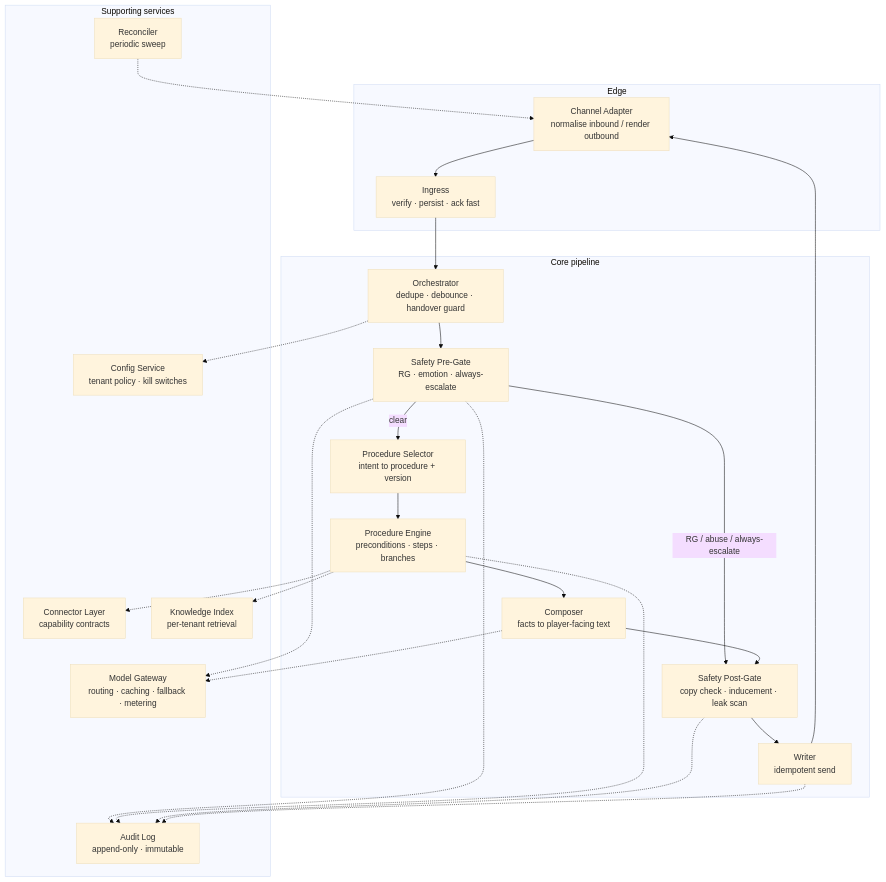
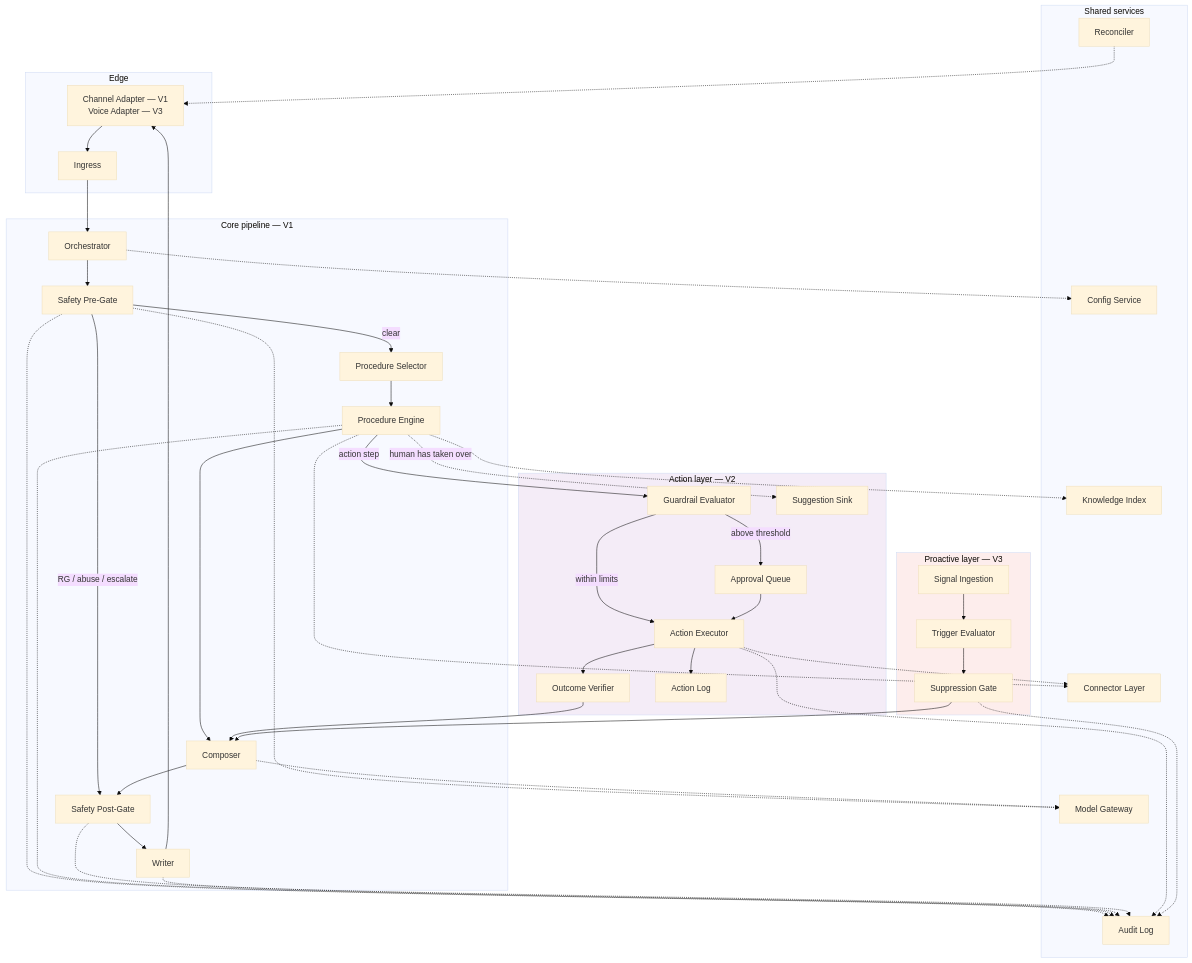
Before and after one commit to sdannuri/iGamingAgent: the second of 13 diagrams in Design.md, drawn with Mermaid (base theme). The commit also changed other lines of this file, not shown here.

````diff
--- a/Design.md
+++ b/Design.md
@@ -64,43 +179,66 @@
 ```mermaid
 graph TB
     subgraph EDGE["Edge"]
-        CA["Channel Adapter<br/>normalise inbound / render outbound"]
-        ING["Ingress<br/>verify · persist · ack fast"]
+        CA["Channel Adapter — V1<br/>Voice Adapter — V3"]
+        ING["Ingress"]
     end
 
-    subgraph CORE["Core pipeline"]
-        ORCH["Orchestrator<br/>dedupe · debounce · handover guard"]
-        PRE["Safety Pre-Gate<br/>RG · emotion · always-escalate"]
-        SEL["Procedure Selector<br/>intent to procedure + version"]
-        ENG["Procedure Engine<br/>preconditions · steps · branches"]
-        COMP["Composer<br/>facts to player-facing text"]
-        POST["Safety Post-Gate<br/>copy check · inducement · leak scan"]
-        WR["Writer<br/>idempotent send"]
+    subgraph CORE["Core pipeline — V1"]
+        ORCH["Orchestrator"]
+        PRE["Safety Pre-Gate"]
+        SEL["Procedure Selector"]
+        ENG["Procedure Engine"]
+        COMP["Composer"]
+        POST["Safety Post-Gate"]
+        WR["Writer"]
     end
 
-    subgraph SVC["Supporting services"]
-        MG["Model Gateway<br/>routing · caching · fallback · metering"]
-        CONN["Connector Layer<br/>capability contracts"]
-        KB["Knowledge Index<br/>per-tenant retrieval"]
-        CFG["Config Service<br/>tenant policy · kill switches"]
-        AUD["Audit Log<br/>append-only · immutable"]
-        REC["Reconciler<br/>periodic sweep"]
+    subgraph ACT["Action layer — V2"]
+        GRD["Guardrail Evaluator"]
+        APQ["Approval Queue"]
+        AEX["Action Executor"]
+        VER["Outcome Verifier"]
+        ALOG["Action Log"]
+        SUG["Suggestion Sink"]
+    end
+
+    subgraph PRO["Proactive layer — V3"]
+        SIG["Signal Ingestion"]
+        TRG["Trigger Evaluator"]
+        SUP["Suppression Gate"]
+    end
+
+    subgraph SVC["Shared services"]
+        MG["Model Gateway"]
+        CONN["Connector Layer"]
+        KB["Knowledge Index"]
+        CFG["Config Service"]
+        AUD["Audit Log"]
+        REC["Reconciler"]
     end
 
     CA --> ING --> ORCH --> PRE
-    PRE -->|"clear"| SEL --> ENG
-    PRE -->|"RG / abuse / always-escalate"| POST
+    PRE -->|clear| SEL --> ENG
+    PRE -->|"RG / abuse / escalate"| POST
     ENG --> COMP --> POST --> WR --> CA
+    ENG -.->|"human has taken over"| SUG
 
-    ENG -.-> CONN
-    ENG -.-> KB
+    ENG -->|"action step"| GRD
+    GRD -->|"within limits"| AEX
+    GRD -->|"above threshold"| APQ --> AEX
+    AEX --> VER --> COMP
+    AEX --> ALOG
+
+    SIG --> TRG --> SUP --> COMP
+
+    ENG -.-> CONN & KB
+    AEX -.-> CONN
     PRE -.-> MG
     COMP -.-> MG
     ORCH -.-> CFG
     REC -.-> CA
+    PRE & ENG & POST & WR & AEX & SUP -.-> AUD
 
-    PRE -.-> AUD
-    ENG -.-> AUD
-    POST -.-> AUD
-    WR -.-> AUD
+    style ACT fill:#f4ecf7
+    style PRO fill:#fdedec
 ```
````
